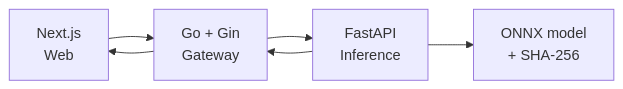
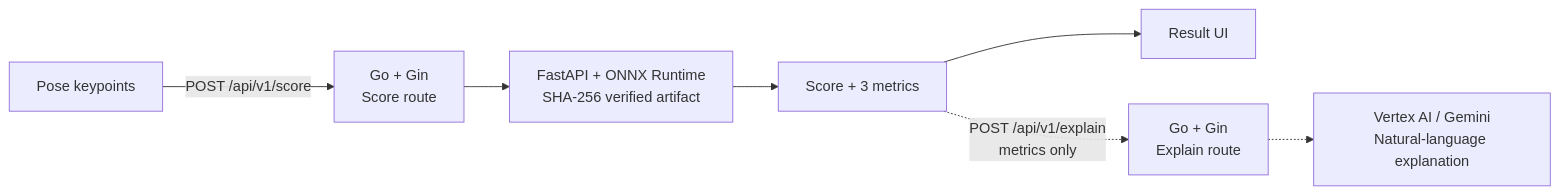
Before and after one commit to Udonburo/picca: the diagram in docs/PROJECT_BRIEF.md, drawn with Mermaid. The commit also changed other lines of this file and 4 other files, not shown here.

````diff
--- a/docs/PROJECT_BRIEF.md
+++ b/docs/PROJECT_BRIEF.md
@@ -19,7 +19,9 @@
 ```mermaid
 flowchart LR
-    Web["Next.js<br/>Web"] --> Gateway["Go + Gin<br/>Gateway"]
-    Gateway --> Inference["FastAPI<br/>Inference"]
-    Inference --> Model["ONNX model<br/>+ SHA-256"]
-    Inference --> Gateway --> Web
+    Input["Pose keypoints"] -->|"POST /api/v1/score"| Score["Go + Gin<br/>Score route"]
+    Score --> Inference["FastAPI + ONNX Runtime<br/>SHA-256 verified artifact"]
+    Inference --> Metrics["Score + 3 metrics"]
+    Metrics --> Result["Result UI"]
+    Metrics -.->|"POST /api/v1/explain<br/>metrics only"| Explain["Go + Gin<br/>Explain route"]
+    Explain -.-> Gemini["Vertex AI / Gemini<br/>Natural-language explanation"]
 ```
````
